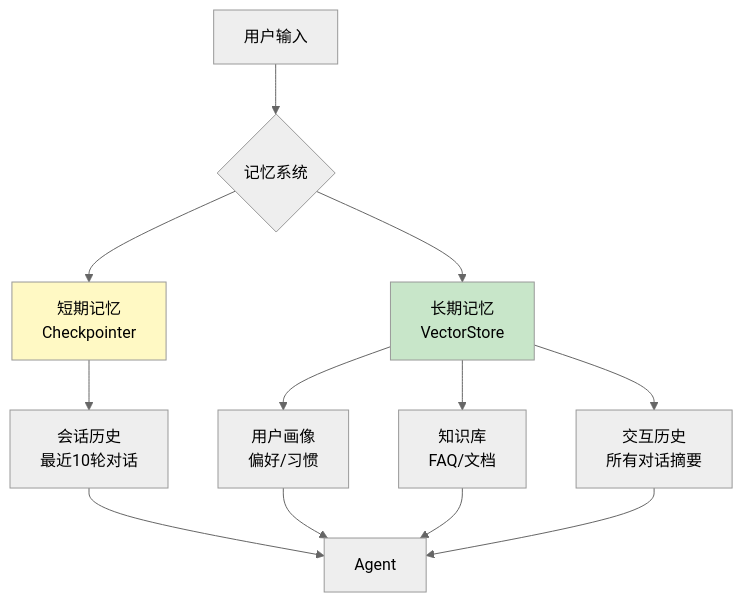
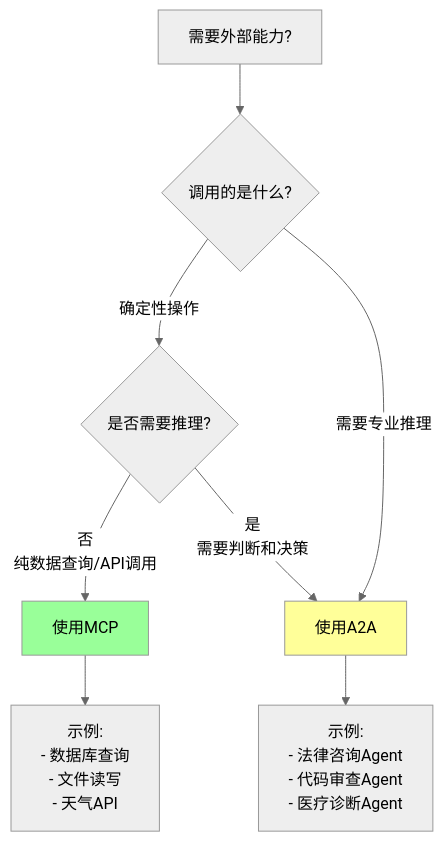
The fourth of 5 diagrams in LangChain笔记/第九篇 高级应用与多Agent架构.md (LordFoxFairy/NiKo-NoteBook), drawn with Mermaid (neutral theme) before and after one commit. The commit also changed other lines of this file and 28 other files, not shown here.

````diff
--- a/LangChain笔记/第九篇 高级应用与多Agent架构.md
+++ b/LangChain笔记/第九篇 高级应用与多Agent架构.md
@@ -4155,20 +782,16 @@
 ```mermaid
-graph TB
-    A[用户输入] --> B{记忆系统}
+graph TD
+    Start[需要外部能力?] --> Question1{调用的是什么?}
 
-    B --> C[短期记忆<br/>Checkpointer]
-    B --> D[长期记忆<br/>VectorStore]
+    Question1 -->|确定性操作| Tool{是否需要推理?}
+    Question1 -->|需要专业推理| Agent[使用A2A]
 
-    C --> E[会话历史<br/>最近10轮对话]
-    D --> F[用户画像<br/>偏好/习惯]
-    D --> G[知识库<br/>FAQ/文档]
-    D --> H[交互历史<br/>所有对话摘要]
+    Tool -->|否<br/>纯数据查询/API调用| MCP[使用MCP]
+    Tool -->|是<br/>需要判断和决策| Agent
 
-    E --> I[Agent]
-    F --> I
-    G --> I
-    H --> I
+    MCP --> Example1[示例:<br/>- 数据库查询<br/>- 文件读写<br/>- 天气API]
+    Agent --> Example2[示例:<br/>- 法律咨询Agent<br/>- 代码审查Agent<br/>- 医疗诊断Agent]
 
-    style C fill:#FFF9C4
-    style D fill:#C8E6C9
+    style MCP fill:#9f9
+    style Agent fill:#ff9
 ```
````
